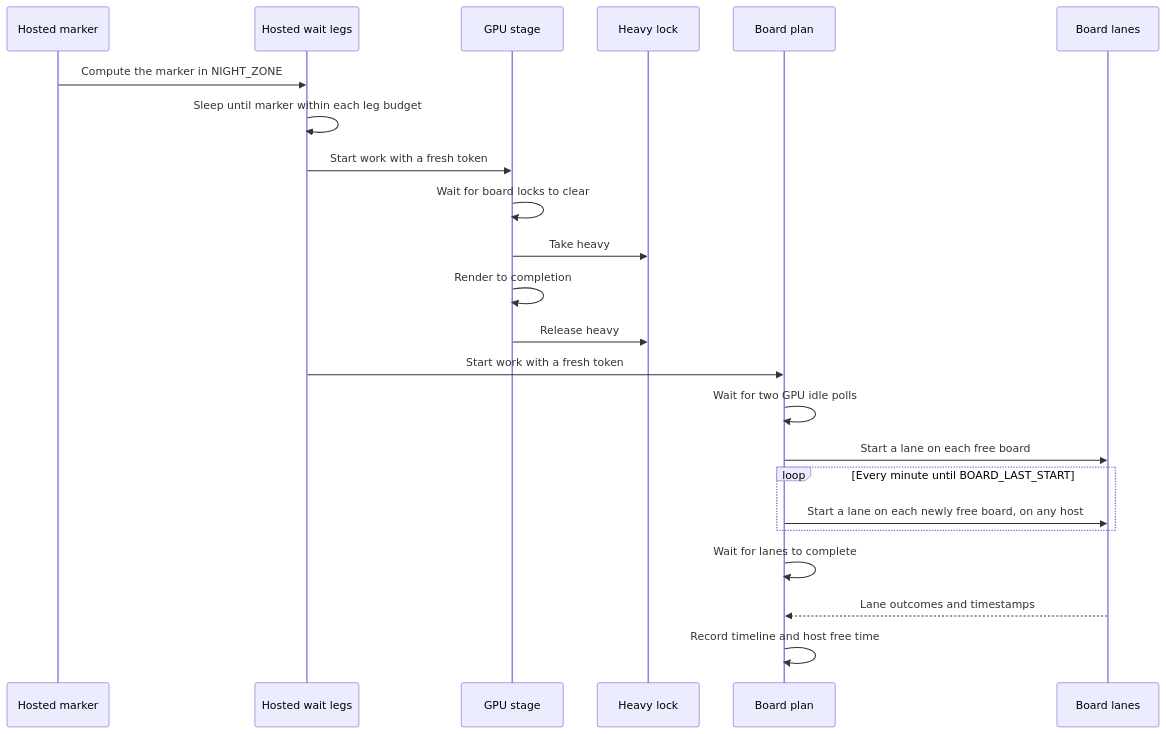
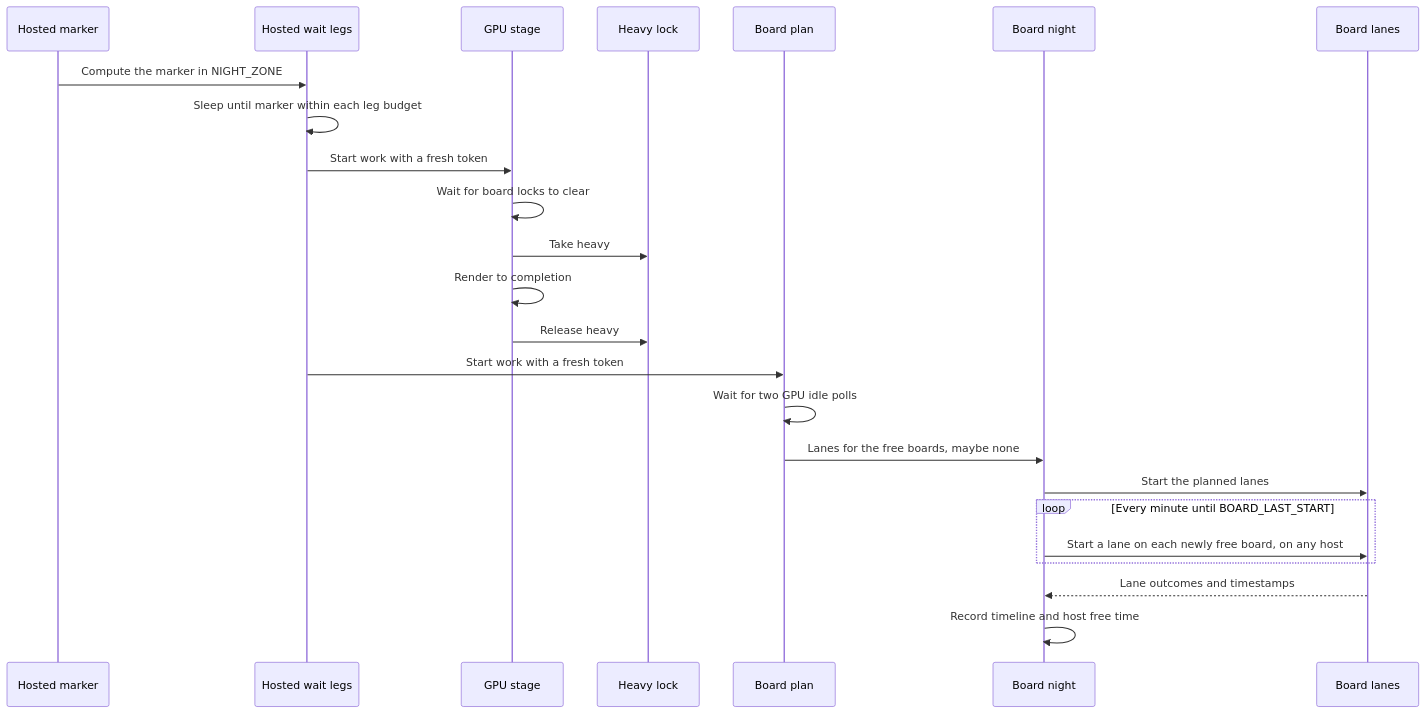
The third of 3 diagrams in launcher/tools/perf/README.md (jose-villegas/autana), drawn with Mermaid before and after one commit. The commit also changed other lines of this file and 4 other files, not shown here.

````diff
--- a/launcher/tools/perf/README.md
+++ b/launcher/tools/perf/README.md
@@ -253,25 +253,26 @@
 ```mermaid
 sequenceDiagram
     participant Marker as Hosted marker
     participant Wait as Hosted wait legs
     participant GPU as GPU stage
     participant Heavy as Heavy lock
     participant Plan as Board plan
+    participant Night as Board night
     participant Lanes as Board lanes
     Marker->>Wait: Compute the marker in NIGHT_ZONE
     Wait->>Wait: Sleep until marker within each leg budget
     Wait->>GPU: Start work with a fresh token
     GPU->>GPU: Wait for board locks to clear
     GPU->>Heavy: Take heavy
     GPU->>GPU: Render to completion
     GPU->>Heavy: Release heavy
     Wait->>Plan: Start work with a fresh token
     Plan->>Plan: Wait for two GPU idle polls
-    Plan->>Lanes: Start a lane on each free board
+    Plan->>Night: Lanes for the free boards, maybe none
+    Night->>Lanes: Start the planned lanes
     loop Every minute until BOARD_LAST_START
-        Plan->>Lanes: Start a lane on each newly free board, on any host
+        Night->>Lanes: Start a lane on each newly free board, on any host
     end
-    Plan->>Plan: Wait for lanes to complete
-    Lanes-->>Plan: Lane outcomes and timestamps
-    Plan->>Plan: Record timeline and host free time
+    Lanes-->>Night: Lane outcomes and timestamps
+    Night->>Night: Record timeline and host free time
 ```
````
